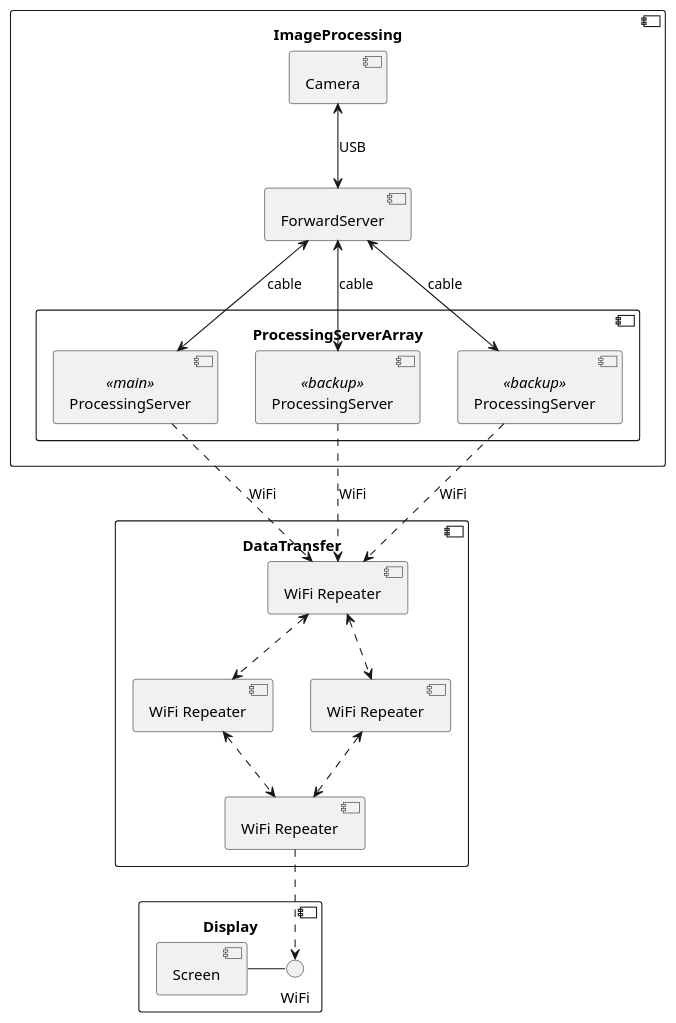
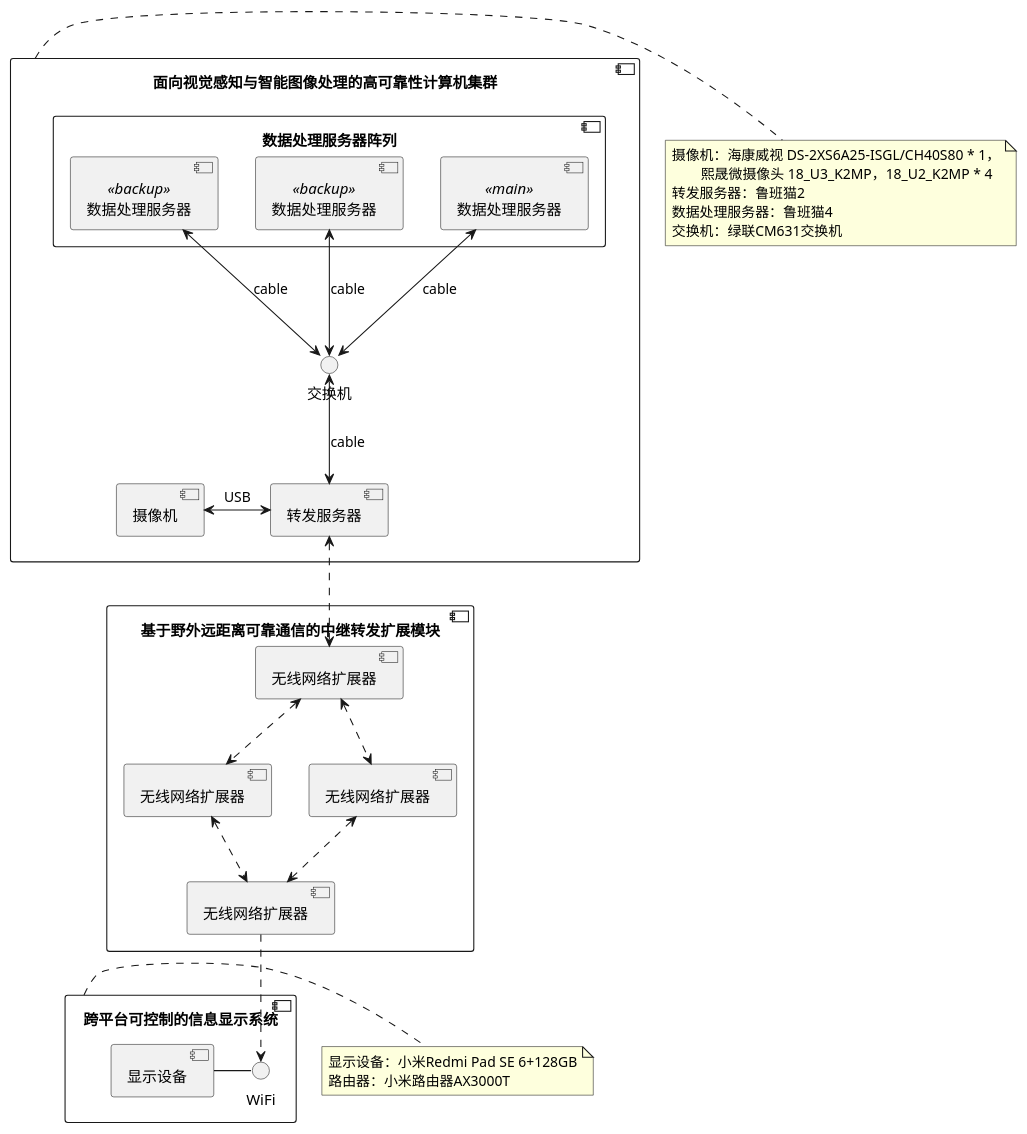
Before and after one commit to Hell-Tractor/EmergencyMonitoringSystem: the diagram in pics/architecture.puml, drawn with PlantUML. The commit also changed 1 other file, not shown here.

Commit message:
update architecture

```diff
--- a/pics/architecture.puml
+++ b/pics/architecture.puml
@@ -1,43 +1,56 @@
-component ImageProcessing {
-  component Camera
+component "面向视觉感知与智能图像处理的高可靠性计算机集群" as processModule {
+  component "摄像机" as Camera
 
-  component ForwardServer as fs
+  component "转发服务器" as fs
 
-  Camera <--> fs : USB
+  Camera <-r-> fs : USB
 
-  component ProcessingServerArray {
-    component ProcessingServer as ps_main << main >>
-    component ProcessingServer as ps_backup1 << backup >>
-    component ProcessingServer as ps_backup2 << backup >>
+  component "数据处理服务器阵列" {
+    component "数据处理服务器" as ps_main << main >>
+    component "数据处理服务器" as ps_backup1 << backup >>
+    component "数据处理服务器" as ps_backup2 << backup >>
   }
 
+  interface "交换机" as router
+  fs <-u-> router : cable
 
-  fs <--> ps_main : cable
-  fs <--> ps_backup1 : cable
-  fs <--> ps_backup2 : cable
+  router <-u-> ps_main : cable
+  router <-u-> ps_backup1 : cable
+  router <-u-> ps_backup2 : cable
 }
 
-component DataTransfer {
-    component "WiFi Repeater" as re1
-    component "WiFi Repeater" as re2
-    component "WiFi Repeater" as re3
-    component "WiFi Repeater" as re4
+note right of processModule
+摄像机：海康威视 DS-2XS6A25-ISGL/CH40S80 * 1，
+        熙晟微摄像头 18_U3_K2MP，18_U2_K2MP * 4
+转发服务器：鲁班猫2
+数据处理服务器：鲁班猫4
+交换机：绿联CM631交换机
+end note
+
+component "基于野外远距离可靠通信的中继转发扩展模块" as transferModule {
+    component "无线网络扩展器" as re1
+    component "无线网络扩展器" as re2
+    component "无线网络扩展器" as re3
+    component "无线网络扩展器" as re4
 
     re1 <.d.> re2
     re1 <.d.> re3
     re2 <.d.> re4
     re3 <.d.> re4
 }
 
-ps_main ..> re1 : WiFi
-ps_backup1 ..> re1 : WiFi
-ps_backup2 ..> re1 : WiFi
+fs <.d.> re1
 
-component Display {
-    component Screen
+component "跨平台可控制的信息显示系统" as displayModule {
+    component "显示设备" as Screen
     interface WiFi
 
     Screen - WiFi
 }
 
 re4 ..> WiFi
+
+note right of displayModule
+显示设备：小米Redmi Pad SE 6+128GB
+路由器：小米路由器AX3000T
+end note
```
